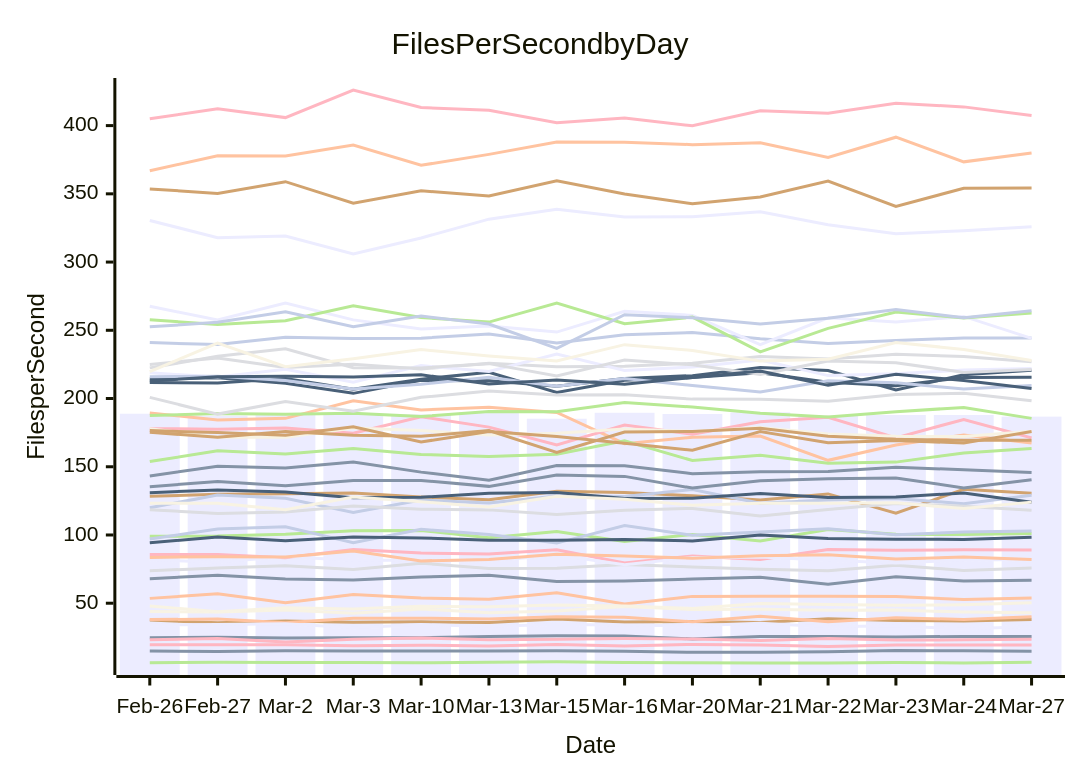
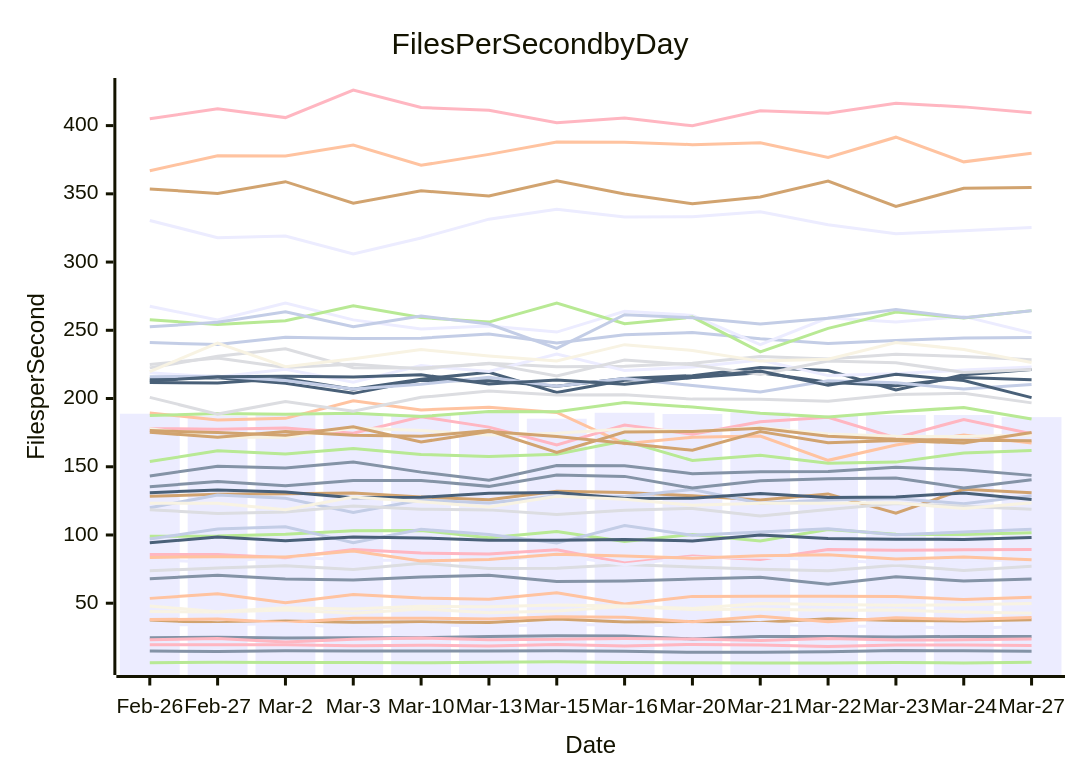
Before and after one commit to streetsidesoftware/cspell: the diagram in perf-report.md, drawn with Mermaid. The commit also changed other lines of this file and 2 other files, not shown here.

````diff
--- a/perf-report.md
+++ b/perf-report.md
@@ -11,57 +11,57 @@
 ```mermaid
 xychart-beta
     title Files Per Second by Day
     y-axis Files per Second
     x-axis Date [Feb-26, Feb-27, Mar-2, Mar-3, Mar-10, Mar-13, Mar-15, Mar-16, Mar-20, Mar-21, Mar-22, Mar-23, Mar-24, Mar-27]
-    bar [188.86, 187.47, 189.15, 187.99, 188.38, 189.98, 185.21, 189.57, 188.63, 189.87, 187.45, 187.93, 187.93, 186.72]
-    line [14.98, 14.69, 15.09, 15.05, 14.93, 14.92, 15.23, 14.84, 14.06, 13.99, 14.45, 15.39, 15.15, 14.80]
-    line [366.95, 377.92, 377.66, 385.69, 370.91, 378.91, 387.90, 387.80, 386.06, 387.41, 376.59, 391.51, 373.44, 379.86]
-    line [73.75, 75.77, 77.40, 74.68, 79.36, 75.39, 75.58, 78.40, 76.58, 74.92, 73.83, 77.77, 74.02, 75.76]
-    line [99.09, 99.19, 100.48, 103.18, 103.33, 98.05, 102.55, 95.32, 100.34, 95.68, 103.94, 100.49, 100.37, 101.02]
-    line [128.31, 129.87, 130.27, 130.71, 127.81, 125.76, 132.01, 131.14, 128.67, 125.67, 130.11, 116.06, 133.46, 130.56]
-    line [119.96, 129.35, 126.96, 116.50, 125.61, 123.50, 128.64, 128.22, 133.34, 123.28, 125.66, 126.65, 122.93, 129.14]
-    line [85.68, 85.69, 83.26, 89.40, 86.73, 86.09, 89.20, 79.46, 84.64, 82.02, 89.37, 88.80, 89.20, 88.94]
-    line [214.22, 215.21, 211.23, 203.79, 213.30, 213.00, 209.05, 214.75, 216.78, 222.67, 220.47, 206.28, 217.42, 220.69]
-    line [43.86, 43.58, 44.95, 42.68, 45.79, 43.00, 44.30, 47.55, 45.42, 45.55, 44.76, 44.94, 43.55, 43.08]
-    line [81.93, 80.10, 84.29, 81.35, 81.66, 80.93, 85.41, 78.19, 83.51, 83.81, 81.43, 79.47, 81.70, 82.00]
-    line [24.62, 25.06, 24.45, 24.76, 24.74, 25.60, 26.18, 25.98, 23.83, 25.61, 25.64, 25.22, 25.67, 25.67]
-    line [189.34, 184.31, 185.47, 198.42, 191.68, 193.62, 189.84, 166.89, 171.60, 172.56, 154.71, 166.00, 173.35, 167.37]
-    line [225.02, 229.69, 222.82, 225.14, 221.56, 225.82, 223.33, 223.62, 225.78, 230.86, 229.00, 232.44, 230.81, 227.00]
-    line [6.44, 6.78, 6.62, 6.55, 6.32, 6.79, 7.12, 6.59, 6.35, 6.19, 6.26, 6.60, 6.25, 6.78]
-    line [37.66, 35.60, 37.02, 36.08, 36.38, 35.91, 38.37, 36.25, 36.61, 35.87, 38.67, 37.37, 36.99, 38.01]
-    line [97.11, 104.32, 106.04, 94.30, 104.19, 100.36, 94.07, 106.95, 99.82, 102.15, 104.63, 100.11, 102.26, 102.97]
-    line [177.93, 177.54, 178.41, 174.58, 186.65, 179.06, 166.05, 180.55, 173.75, 182.92, 186.30, 171.18, 184.68, 171.15]
-    line [211.79, 211.44, 214.66, 206.78, 214.22, 219.20, 204.44, 213.42, 215.32, 218.95, 211.96, 209.30, 215.41, 215.65]
-    line [177.93, 171.71, 171.61, 178.31, 176.56, 173.19, 174.63, 177.66, 175.92, 178.79, 174.01, 172.30, 172.16, 176.05]
-    line [218.81, 215.75, 221.50, 212.02, 224.11, 219.75, 232.68, 220.52, 223.12, 228.15, 216.79, 218.07, 220.91, 222.03]
-    line [143.30, 150.41, 149.07, 153.47, 146.06, 140.05, 150.95, 150.81, 144.94, 146.39, 146.52, 149.65, 147.78, 145.81]
-    line [83.59, 84.08, 83.89, 88.30, 81.02, 82.11, 85.90, 84.63, 82.99, 84.87, 85.57, 82.40, 83.84, 82.03]
-    line [222.46, 230.96, 236.51, 222.64, 222.38, 225.56, 216.60, 228.18, 224.68, 217.69, 227.52, 226.28, 219.14, 221.27]
-    line [187.50, 189.10, 188.54, 189.19, 186.81, 190.52, 190.26, 197.02, 193.75, 189.15, 186.42, 190.28, 193.49, 185.45]
-    line [353.61, 350.32, 358.90, 343.06, 352.21, 348.39, 359.59, 349.81, 342.75, 347.71, 359.34, 340.76, 354.09, 354.28]
-    line [240.98, 239.52, 244.96, 243.99, 244.22, 247.23, 240.74, 246.80, 248.37, 243.77, 240.29, 242.61, 244.28, 244.43]
-    line [23.19, 24.07, 21.50, 23.56, 24.56, 23.16, 23.57, 24.07, 23.83, 22.72, 24.07, 23.01, 23.19, 23.57]
-    line [94.30, 98.50, 95.82, 98.55, 97.82, 96.22, 96.21, 96.60, 95.61, 100.00, 97.34, 96.90, 96.73, 98.40]
-    line [219.75, 240.64, 223.28, 229.19, 235.85, 231.18, 227.46, 239.47, 235.22, 227.41, 228.79, 241.01, 235.98, 227.80]
-    line [330.45, 317.84, 319.02, 305.87, 317.67, 331.44, 338.69, 332.97, 333.24, 336.87, 327.34, 320.84, 322.94, 325.93]
-    line [135.42, 139.26, 136.06, 139.99, 140.01, 135.63, 143.93, 142.95, 134.36, 139.82, 141.15, 141.79, 134.53, 140.52]
-    line [38.02, 38.35, 35.65, 38.90, 38.99, 38.46, 40.13, 39.77, 36.42, 40.38, 36.50, 39.38, 38.08, 40.16]
-    line [118.53, 115.70, 116.93, 121.24, 118.95, 118.40, 114.99, 118.14, 119.47, 113.95, 118.70, 123.16, 121.00, 118.08]
-    line [153.79, 161.66, 159.28, 163.36, 159.01, 157.48, 159.10, 169.05, 154.54, 158.47, 152.54, 153.40, 160.13, 163.33]
-    line [176.50, 175.06, 173.05, 179.29, 168.17, 175.84, 172.23, 167.20, 162.09, 175.73, 167.53, 169.26, 167.37, 175.77]
-    line [215.98, 216.39, 213.20, 207.00, 210.46, 215.67, 209.05, 214.60, 209.59, 204.82, 212.94, 211.50, 207.03, 209.63]
-    line [405.05, 412.32, 405.86, 426.09, 413.29, 411.20, 402.18, 405.65, 399.88, 410.92, 409.10, 416.42, 413.72, 407.35]
-    line [131.00, 133.00, 131.45, 127.22, 127.60, 130.54, 131.20, 126.76, 126.98, 130.36, 127.52, 127.75, 130.81, 124.05]
-    line [123.31, 123.27, 118.58, 127.90, 124.38, 120.45, 128.40, 126.26, 121.85, 123.29, 123.31, 123.57, 119.37, 124.08]
-    line [267.57, 257.62, 270.01, 257.62, 250.97, 253.10, 248.68, 263.99, 260.91, 239.46, 259.16, 256.10, 260.18, 244.13]
-    line [67.89, 70.56, 67.78, 66.98, 69.18, 70.51, 65.83, 66.30, 67.73, 68.98, 63.91, 69.35, 66.34, 66.74]
-    line [53.55, 56.91, 50.34, 56.33, 53.77, 52.96, 57.64, 49.40, 55.01, 55.07, 55.14, 54.97, 52.69, 53.77]
-    line [200.84, 188.59, 197.81, 190.62, 200.86, 205.50, 202.63, 202.69, 199.56, 199.40, 197.96, 202.91, 203.92, 198.39]
-    line [257.65, 254.22, 257.02, 267.92, 259.39, 256.02, 269.97, 254.79, 259.65, 234.19, 251.38, 263.45, 259.03, 262.71]
-    line [175.27, 171.69, 175.82, 173.02, 172.27, 176.52, 160.55, 175.49, 175.91, 178.24, 172.29, 170.07, 169.37, 169.51]
-    line [252.54, 255.82, 263.63, 252.65, 260.43, 254.55, 236.73, 261.47, 259.22, 254.59, 258.80, 265.17, 259.19, 264.33]
-    line [19.60, 19.60, 19.63, 18.78, 19.22, 18.67, 19.78, 18.71, 19.79, 19.47, 18.35, 19.30, 19.37, 19.35]
-    line [212.86, 215.99, 216.40, 215.81, 217.40, 210.64, 213.63, 210.38, 215.44, 220.20, 209.66, 217.73, 213.19, 207.32]
-    line [47.91, 43.77, 46.60, 45.68, 47.70, 47.47, 48.64, 47.90, 46.22, 49.72, 49.15, 48.47, 48.92, 50.36]
-    line [33.98, 34.43, 34.99, 32.10, 34.36, 33.03, 34.53, 33.80, 33.49, 35.23, 32.80, 33.41, 31.17, 32.88]
+    bar [188.86, 187.47, 189.15, 187.99, 188.38, 189.98, 185.21, 189.57, 188.63, 189.87, 187.45, 187.93, 187.93, 186.35]
+    line [14.98, 14.69, 15.09, 15.05, 14.93, 14.92, 15.23, 14.84, 14.06, 13.99, 14.45, 15.39, 15.15, 14.76]
+    line [366.95, 377.92, 377.66, 385.69, 370.91, 378.91, 387.90, 387.80, 386.06, 387.41, 376.59, 391.51, 373.44, 379.72]
+    line [73.75, 75.77, 77.40, 74.68, 79.36, 75.39, 75.58, 78.40, 76.58, 74.92, 73.83, 77.77, 74.02, 77.10]
+    line [99.09, 99.19, 100.48, 103.18, 103.33, 98.05, 102.55, 95.32, 100.34, 95.68, 103.94, 100.49, 100.37, 101.61]
+    line [128.31, 129.87, 130.27, 130.71, 127.81, 125.76, 132.01, 131.14, 128.67, 125.67, 130.11, 116.06, 133.46, 130.91]
+    line [119.96, 129.35, 126.96, 116.50, 125.61, 123.50, 128.64, 128.22, 133.34, 123.28, 125.66, 126.65, 122.93, 128.82]
+    line [85.68, 85.69, 83.26, 89.40, 86.73, 86.09, 89.20, 79.46, 84.64, 82.02, 89.37, 88.80, 89.20, 89.35]
+    line [214.22, 215.21, 211.23, 203.79, 213.30, 213.00, 209.05, 214.75, 216.78, 222.67, 220.47, 206.28, 217.42, 221.24]
+    line [43.86, 43.58, 44.95, 42.68, 45.79, 43.00, 44.30, 47.55, 45.42, 45.55, 44.76, 44.94, 43.55, 42.67]
+    line [81.93, 80.10, 84.29, 81.35, 81.66, 80.93, 85.41, 78.19, 83.51, 83.81, 81.43, 79.47, 81.70, 81.36]
+    line [24.62, 25.06, 24.45, 24.76, 24.74, 25.60, 26.18, 25.98, 23.83, 25.61, 25.64, 25.22, 25.67, 25.63]
+    line [189.34, 184.31, 185.47, 198.42, 191.68, 193.62, 189.84, 166.89, 171.60, 172.56, 154.71, 166.00, 173.35, 167.42]
+    line [225.02, 229.69, 222.82, 225.14, 221.56, 225.82, 223.33, 223.62, 225.78, 230.86, 229.00, 232.44, 230.81, 228.49]
+    line [6.44, 6.78, 6.62, 6.55, 6.32, 6.79, 7.12, 6.59, 6.35, 6.19, 6.26, 6.60, 6.25, 6.74]
+    line [37.66, 35.60, 37.02, 36.08, 36.38, 35.91, 38.37, 36.25, 36.61, 35.87, 38.67, 37.37, 36.99, 37.97]
+    line [97.11, 104.32, 106.04, 94.30, 104.19, 100.36, 94.07, 106.95, 99.82, 102.15, 104.63, 100.11, 102.26, 104.28]
+    line [177.93, 177.54, 178.41, 174.58, 186.65, 179.06, 166.05, 180.55, 173.75, 182.92, 186.30, 171.18, 184.68, 174.16]
+    line [211.79, 211.44, 214.66, 206.78, 214.22, 219.20, 204.44, 213.42, 215.32, 218.95, 211.96, 209.30, 215.41, 213.73]
+    line [177.93, 171.71, 171.61, 178.31, 176.56, 173.19, 174.63, 177.66, 175.92, 178.79, 174.01, 172.30, 172.16, 173.35]
+    line [218.81, 215.75, 221.50, 212.02, 224.11, 219.75, 232.68, 220.52, 223.12, 228.15, 216.79, 218.07, 220.91, 223.03]
+    line [143.30, 150.41, 149.07, 153.47, 146.06, 140.05, 150.95, 150.81, 144.94, 146.39, 146.52, 149.65, 147.78, 143.68]
+    line [83.59, 84.08, 83.89, 88.30, 81.02, 82.11, 85.90, 84.63, 82.99, 84.87, 85.57, 82.40, 83.84, 81.84]
+    line [222.46, 230.96, 236.51, 222.64, 222.38, 225.56, 216.60, 228.18, 224.68, 217.69, 227.52, 226.28, 219.14, 221.19]
+    line [187.50, 189.10, 188.54, 189.19, 186.81, 190.52, 190.26, 197.02, 193.75, 189.15, 186.42, 190.28, 193.49, 184.99]
+    line [353.61, 350.32, 358.90, 343.06, 352.21, 348.39, 359.59, 349.81, 342.75, 347.71, 359.34, 340.76, 354.09, 354.69]
+    line [240.98, 239.52, 244.96, 243.99, 244.22, 247.23, 240.74, 246.80, 248.37, 243.77, 240.29, 242.61, 244.28, 244.79]
+    line [23.19, 24.07, 21.50, 23.56, 24.56, 23.16, 23.57, 24.07, 23.83, 22.72, 24.07, 23.01, 23.19, 23.80]
+    line [94.30, 98.50, 95.82, 98.55, 97.82, 96.22, 96.21, 96.60, 95.61, 100.00, 97.34, 96.90, 96.73, 98.18]
+    line [219.75, 240.64, 223.28, 229.19, 235.85, 231.18, 227.46, 239.47, 235.22, 227.41, 228.79, 241.01, 235.98, 226.38]
+    line [330.45, 317.84, 319.02, 305.87, 317.67, 331.44, 338.69, 332.97, 333.24, 336.87, 327.34, 320.84, 322.94, 325.27]
+    line [135.42, 139.26, 136.06, 139.99, 140.01, 135.63, 143.93, 142.95, 134.36, 139.82, 141.15, 141.79, 134.53, 140.55]
+    line [38.02, 38.35, 35.65, 38.90, 38.99, 38.46, 40.13, 39.77, 36.42, 40.38, 36.50, 39.38, 38.08, 39.48]
+    line [118.53, 115.70, 116.93, 121.24, 118.95, 118.40, 114.99, 118.14, 119.47, 113.95, 118.70, 123.16, 121.00, 118.77]
+    line [153.79, 161.66, 159.28, 163.36, 159.01, 157.48, 159.10, 169.05, 154.54, 158.47, 152.54, 153.40, 160.13, 161.83]
+    line [176.50, 175.06, 173.05, 179.29, 168.17, 175.84, 172.23, 167.20, 162.09, 175.73, 167.53, 169.26, 167.37, 175.14]
+    line [215.98, 216.39, 213.20, 207.00, 210.46, 215.67, 209.05, 214.60, 209.59, 204.82, 212.94, 211.50, 207.03, 210.21]
+    line [405.05, 412.32, 405.86, 426.09, 413.29, 411.20, 402.18, 405.65, 399.88, 410.92, 409.10, 416.42, 413.72, 409.38]
+    line [131.00, 133.00, 131.45, 127.22, 127.60, 130.54, 131.20, 126.76, 126.98, 130.36, 127.52, 127.75, 130.81, 125.94]
+    line [123.31, 123.27, 118.58, 127.90, 124.38, 120.45, 128.40, 126.26, 121.85, 123.29, 123.31, 123.57, 119.37, 123.63]
+    line [267.57, 257.62, 270.01, 257.62, 250.97, 253.10, 248.68, 263.99, 260.91, 239.46, 259.16, 256.10, 260.18, 248.06]
+    line [67.89, 70.56, 67.78, 66.98, 69.18, 70.51, 65.83, 66.30, 67.73, 68.98, 63.91, 69.35, 66.34, 67.66]
+    line [53.55, 56.91, 50.34, 56.33, 53.77, 52.96, 57.64, 49.40, 55.01, 55.07, 55.14, 54.97, 52.69, 54.36]
+    line [200.84, 188.59, 197.81, 190.62, 200.86, 205.50, 202.63, 202.69, 199.56, 199.40, 197.96, 202.91, 203.92, 196.82]
+    line [257.65, 254.22, 257.02, 267.92, 259.39, 256.02, 269.97, 254.79, 259.65, 234.19, 251.38, 263.45, 259.03, 264.42]
+    line [175.27, 171.69, 175.82, 173.02, 172.27, 176.52, 160.55, 175.49, 175.91, 178.24, 172.29, 170.07, 169.37, 169.09]
+    line [252.54, 255.82, 263.63, 252.65, 260.43, 254.55, 236.73, 261.47, 259.22, 254.59, 258.80, 265.17, 259.19, 264.34]
+    line [19.60, 19.60, 19.63, 18.78, 19.22, 18.67, 19.78, 18.71, 19.79, 19.47, 18.35, 19.30, 19.37, 19.08]
+    line [212.86, 215.99, 216.40, 215.81, 217.40, 210.64, 213.63, 210.38, 215.44, 220.20, 209.66, 217.73, 213.19, 200.65]
+    line [47.91, 43.77, 46.60, 45.68, 47.70, 47.47, 48.64, 47.90, 46.22, 49.72, 49.15, 48.47, 48.92, 49.74]
+    line [33.98, 34.43, 34.99, 32.10, 34.36, 33.03, 34.53, 33.80, 33.49, 35.23, 32.80, 33.41, 31.17, 33.44]
 ```
````
